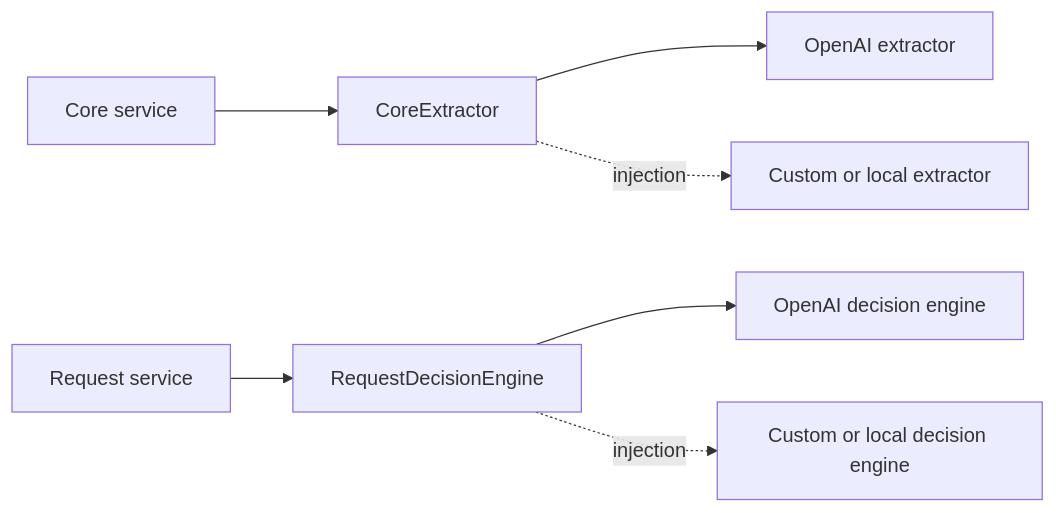
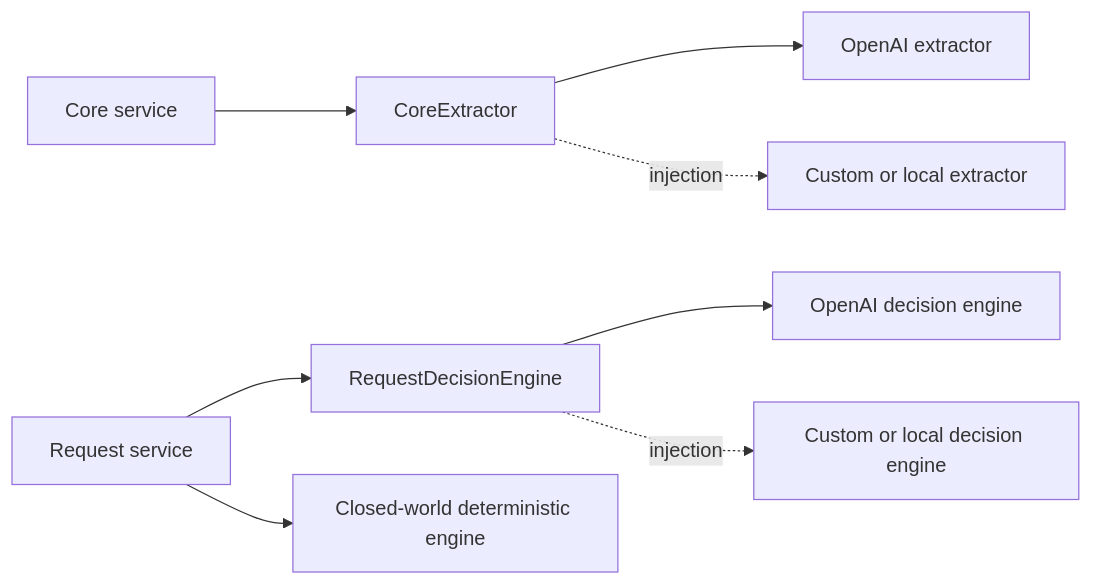
Before and after one commit to Thibescobar/bulkinout: the second of 3 diagrams in docs/architecture.md, drawn with Mermaid. The commit also changed other lines of this file and 34 other files, not shown here.

Commit message:
Add deterministic Request decision routing

````diff
--- a/docs/architecture.md
+++ b/docs/architecture.md
@@ -95,9 +95,10 @@
 ```mermaid
 flowchart LR
     CORE[Core service] --> EXTRACT[CoreExtractor]
     REQUEST[Request service] --> DECISION[RequestDecisionEngine]
     EXTRACT --> OPENAI_E[OpenAI extractor]
     EXTRACT -. injection .-> CUSTOM_E[Custom or local extractor]
     DECISION --> OPENAI_D[OpenAI decision engine]
     DECISION -. injection .-> CUSTOM_D[Custom or local decision engine]
+    REQUEST --> DETERMINISTIC[Closed-world deterministic engine]
 ```
````
